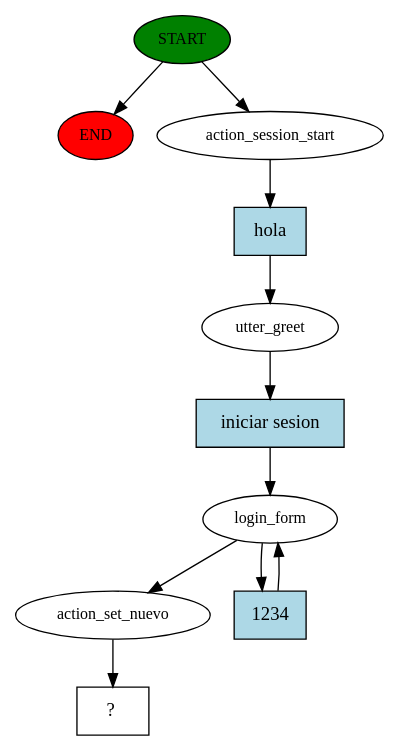
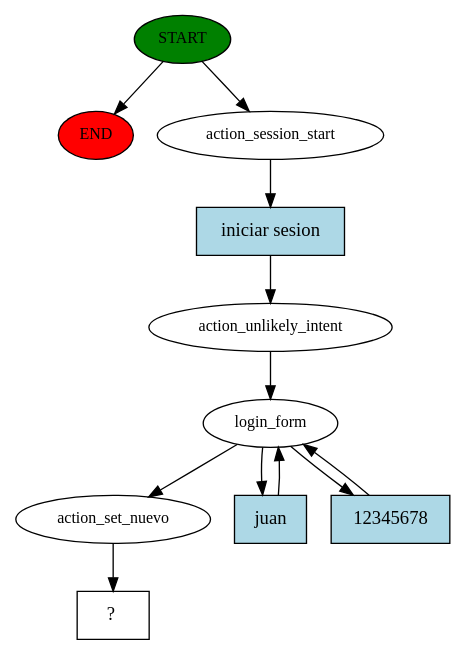
Before and after one commit to pala83/rasaproyect: the diagram in story_graph.dot, drawn with Graphviz. The commit also changed 41 other files, not shown here.

```diff
--- a/story_graph.dot
+++ b/story_graph.dot
@@ -1,22 +1,23 @@
 digraph  {
 0 [class="start active", fillcolor=green, fontsize=12, label=START, style=filled];
 "-1" [class=end, fillcolor=red, fontsize=12, label=END, style=filled];
 1 [class=active, fontsize=12, label=action_session_start];
-2 [class=active, fontsize=12, label=utter_greet];
+2 [class=active, fontsize=12, label=action_unlikely_intent];
 3 [class=active, fontsize=12, label=login_form];
-6 [class=active, fontsize=12, label=action_set_nuevo];
-7 [class="intent dashed active", label="  ?  ", shape=rect];
-8 [class="intent active", fillcolor=lightblue, label=hola, shape=rect, style=filled];
-9 [class="intent active", fillcolor=lightblue, label="iniciar sesion", shape=rect, style=filled];
-10 [class="intent active", fillcolor=lightblue, label=1234, shape=rect, style=filled];
+8 [class=active, fontsize=12, label=action_set_nuevo];
+9 [class="intent dashed active", label="  ?  ", shape=rect];
+10 [class="intent active", fillcolor=lightblue, label="iniciar sesion", shape=rect, style=filled];
+11 [class="intent active", fillcolor=lightblue, label=juan, shape=rect, style=filled];
+12 [class="intent active", fillcolor=lightblue, label=12345678, shape=rect, style=filled];
 0 -> "-1"  [class="", key=NONE, label=""];
 0 -> 1  [class=active, key=NONE, label=""];
-1 -> 8  [class=active, key=0];
-2 -> 9  [class=active, key=0];
-3 -> 6  [class=active, key=NONE, label=""];
-3 -> 10  [class=active, key=0];
-6 -> 7  [class=active, key=NONE, label=""];
-8 -> 2  [class=active, key=0];
-9 -> 3  [class=active, key=0];
-10 -> 3  [class=active, key=0];
+1 -> 10  [class=active, key=0];
+2 -> 3  [class=active, key=NONE, label=""];
+3 -> 8  [class=active, key=NONE, label=""];
+3 -> 11  [class=active, key=0];
+3 -> 12  [class=active, key=0];
+8 -> 9  [class=active, key=NONE, label=""];
+10 -> 2  [class=active, key=0];
+11 -> 3  [class=active, key=0];
+12 -> 3  [class=active, key=0];
 }
```
